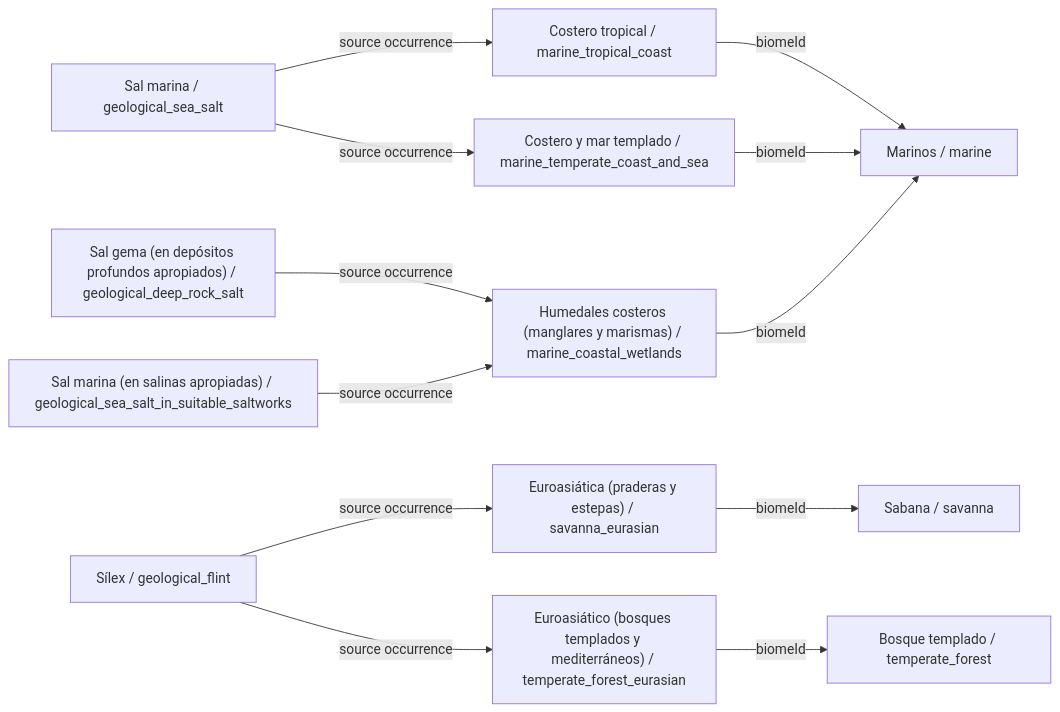
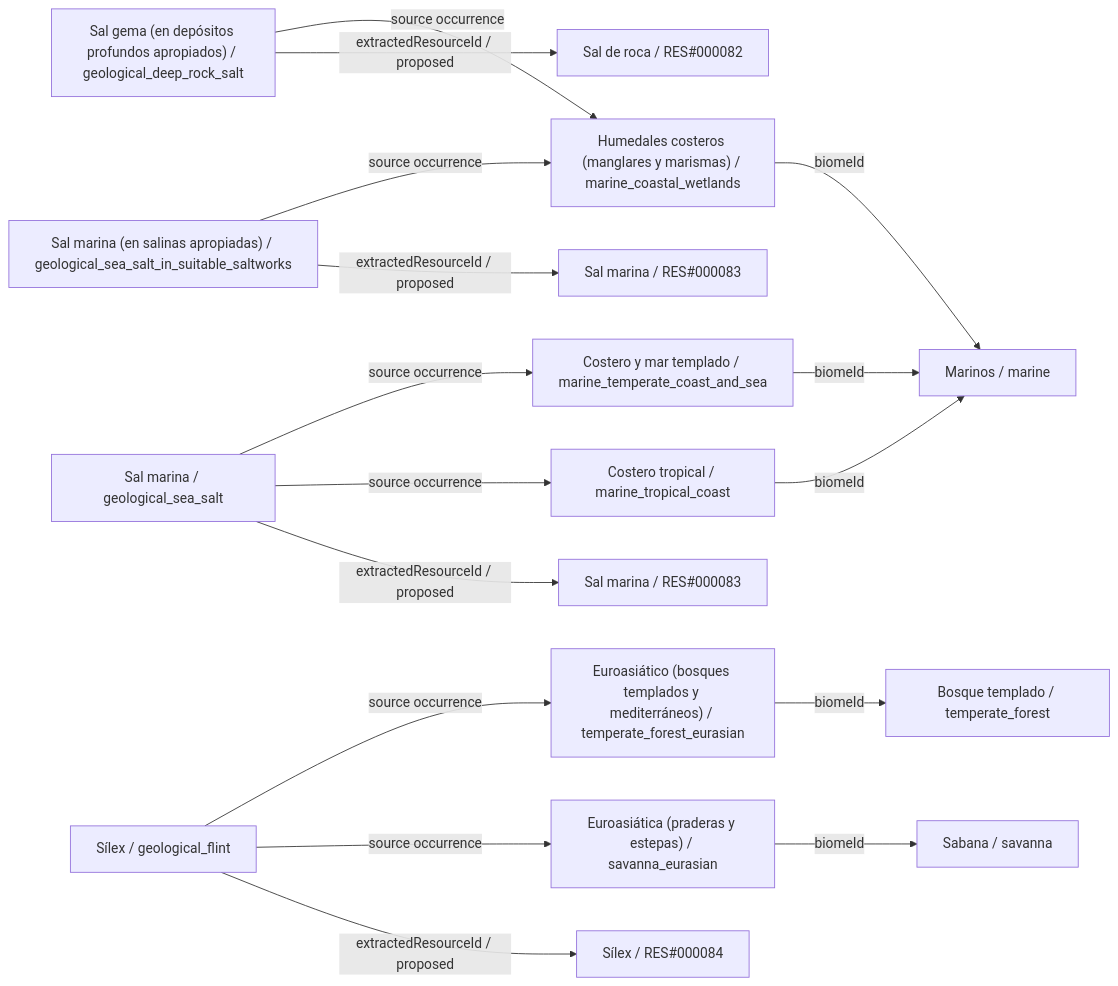
Before and after one commit to fgabo404/EvolveDoc: diagram 13 of 15 in data/minerals/DIAGRAMS.es.md, drawn with Mermaid. The commit also changed other lines of this file and 50 other files, not shown here.

````diff
--- a/data/minerals/DIAGRAMS.es.md
+++ b/data/minerals/DIAGRAMS.es.md
@@ -740,26 +836,34 @@
 ```mermaid
 flowchart LR
     c0["Sal gema (en depósitos profundos apropiados) / geological_deep_rock_salt"]
     v22["Humedales costeros (manglares y marismas) / marine_coastal_wetlands"]
     b5["Marinos / marine"]
+    r0["Sal de roca / RES#000082"]
     c1["Sal marina / geological_sea_salt"]
     v19["Costero tropical / marine_tropical_coast"]
     v20["Costero y mar templado / marine_temperate_coast_and_sea"]
+    r1["Sal marina / RES#000083"]
     c2["Sal marina (en salinas apropiadas) / geological_sea_salt_in_suitable_saltworks"]
+    r2["Sal marina / RES#000083"]
     c3["Sílex / geological_flint"]
     v4["Euroasiático (bosques templados y mediterráneos) / temperate_forest_eurasian"]
     b1["Bosque templado / temperate_forest"]
     v13["Euroasiática (praderas y estepas) / savanna_eurasian"]
     b3["Sabana / savanna"]
+    r3["Sílex / RES#000084"]
+    c0 -->|extractedResourceId / proposed| r0
     c0 -->|source occurrence| v22
+    c1 -->|extractedResourceId / proposed| r1
     c1 -->|source occurrence| v19
     c1 -->|source occurrence| v20
+    c2 -->|extractedResourceId / proposed| r2
     c2 -->|source occurrence| v22
+    c3 -->|extractedResourceId / proposed| r3
     c3 -->|source occurrence| v13
     c3 -->|source occurrence| v4
     v13 -->|biomeId| b3
     v19 -->|biomeId| b5
     v20 -->|biomeId| b5
     v22 -->|biomeId| b5
     v4 -->|biomeId| b1
 ```
````
